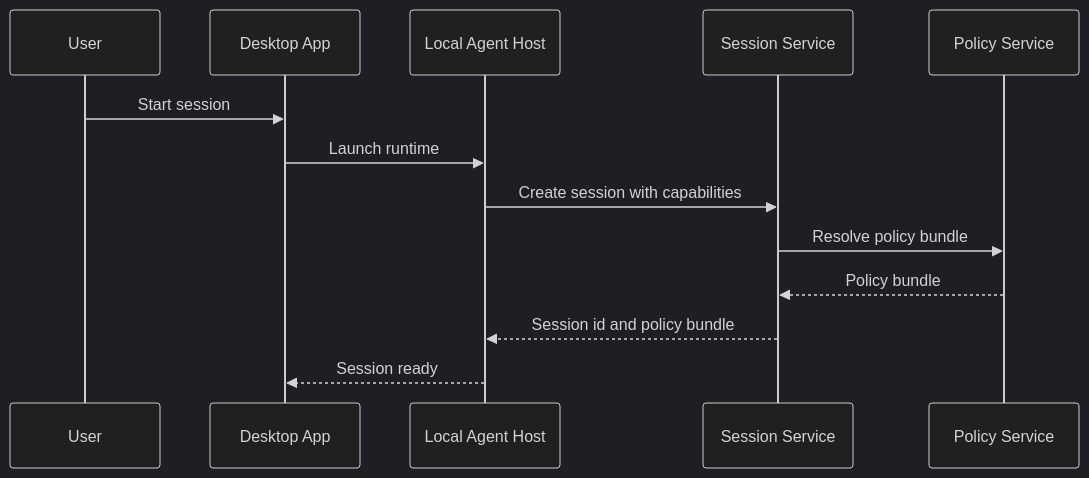
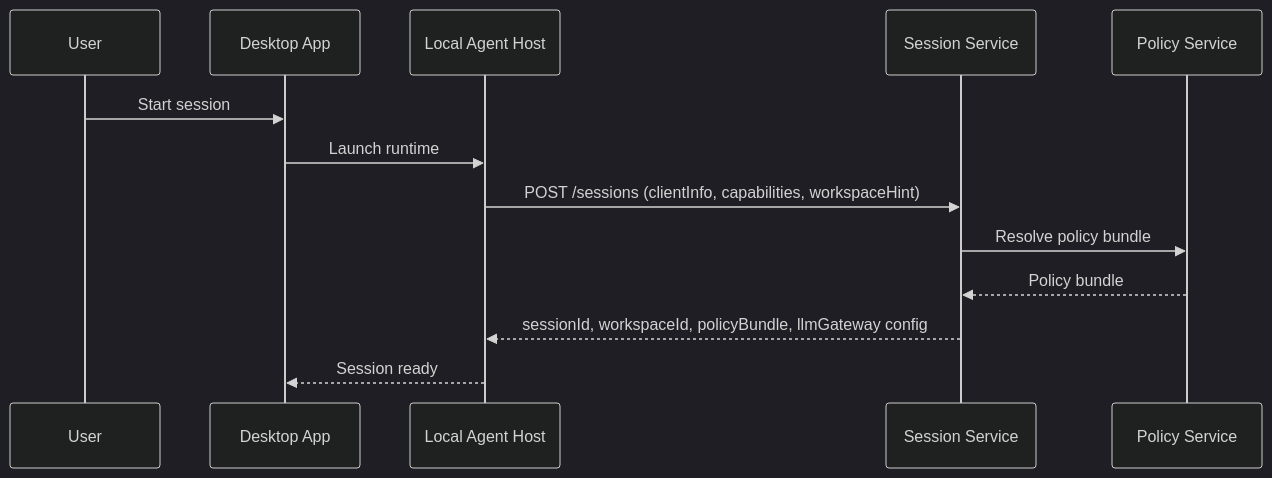
One commit to suman724/local-agent-loop changed the second of 6 diagrams in local-agent-loop-design.md. Above: the diagram before and after it, drawn with Mermaid (dark theme). The commit also changed other lines of this file and 7 other files, not shown here.

````diff
--- a/local-agent-loop-design.md
+++ b/local-agent-loop-design.md
@@ -668,16 +192,16 @@
 ```mermaid
 sequenceDiagram
   participant User
   participant DesktopApp as Desktop App
   participant LocalAgentHost as Local Agent Host
   participant SessionService as Session Service
   participant PolicyService as Policy Service
 
   User->>DesktopApp: Start session
   DesktopApp->>LocalAgentHost: Launch runtime
-  LocalAgentHost->>SessionService: Create session with capabilities
+  LocalAgentHost->>SessionService: POST /sessions (clientInfo, capabilities, workspaceHint)
   SessionService->>PolicyService: Resolve policy bundle
   PolicyService-->>SessionService: Policy bundle
-  SessionService-->>LocalAgentHost: Session id and policy bundle
+  SessionService-->>LocalAgentHost: sessionId, workspaceId, policyBundle, llmGateway config
   LocalAgentHost-->>DesktopApp: Session ready
 ```
````
